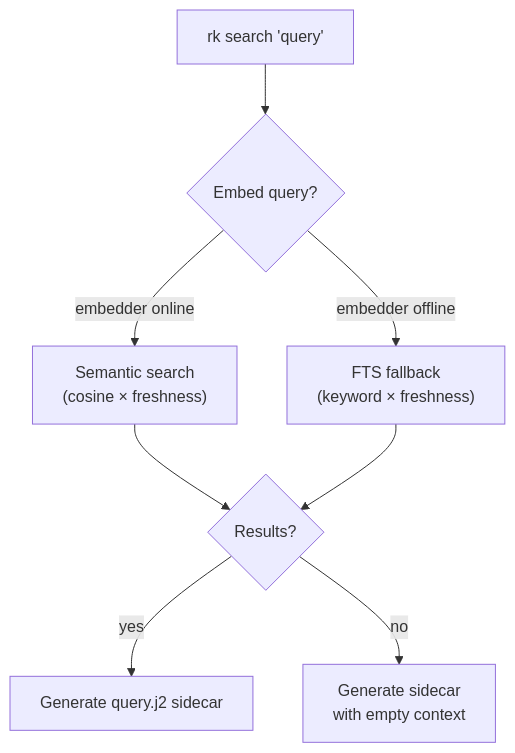
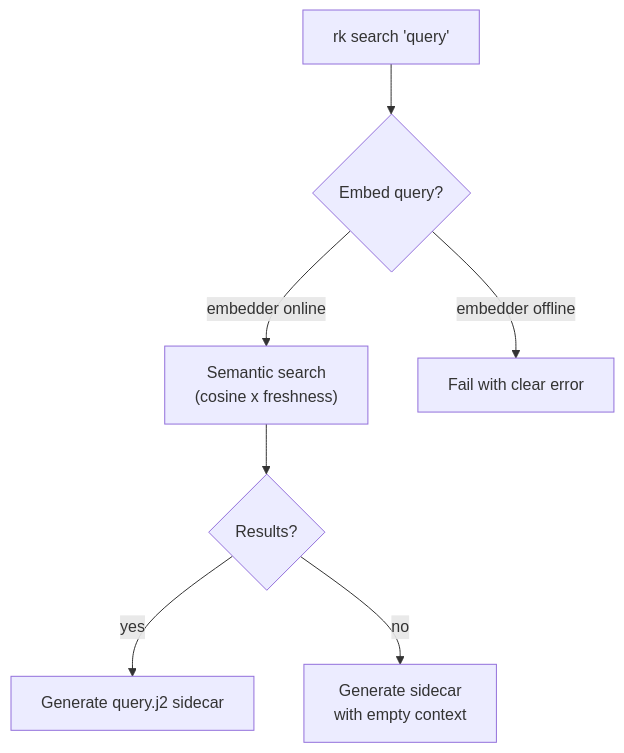
The diagram in docs/design/Active/(DESIGN-004)-Embedding-Backfill-And-Search-Degradation/(DESIGN-004)-Embedding-Backfill-And-Search-Degradation.md (cristoslc/research-keeper), drawn with Mermaid before and after one commit. The commit also changed other lines of this file and 8 other files, not shown here.

First line of the commit message:
revert: remove FTS fallback and fix pending query crash

````diff
--- a/docs/design/Active/(DESIGN-004)-Embedding-Backfill-And-Search-Degradation/(DESIGN-004)-Embedding-Backfill-And-Search-Degradation.md
+++ b/docs/design/Active/(DESIGN-004)-Embedding-Backfill-And-Search-Degradation/(DESIGN-004)-Embedding-Backfill-And-Search-Degradation.md
@@ -96,18 +92,17 @@
 ```mermaid
 flowchart TD
     search["rk search 'query'"]
     embed_query{"Embed query?"}
-    semantic["Semantic search\n(cosine × freshness)"]
-    fts["FTS fallback\n(keyword × freshness)"]
+    semantic["Semantic search\n(cosine x freshness)"]
+    fail["Fail with clear error"]
     results{"Results?"}
     sidecar["Generate query.j2 sidecar"]
     empty["Generate sidecar\nwith empty context"]
 
     search --> embed_query
     embed_query -->|"embedder online"| semantic
-    embed_query -->|"embedder offline"| fts
+    embed_query -->|"embedder offline"| fail
     semantic --> results
-    fts --> results
     results -->|"yes"| sidecar
     results -->|"no"| empty
 ```
````
